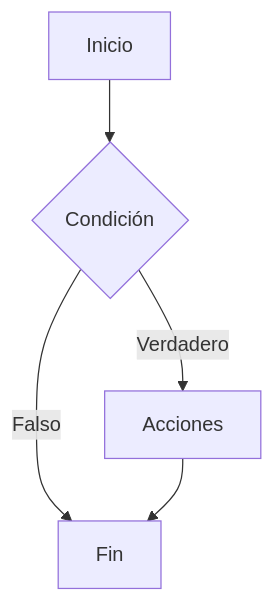
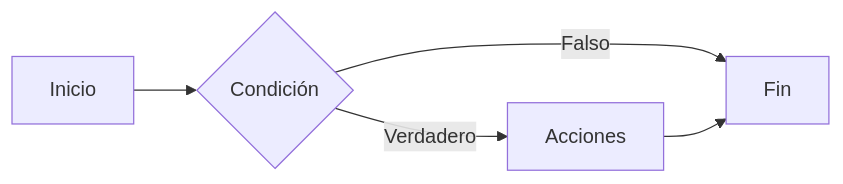
Before and after one commit to docs-class/si: the first of 3 diagrams in src/content/docs/es/ut4/ut42-scripting-if-else.md, drawn with Mermaid. The commit also changed other lines of this file and 2 other files, not shown here.

Commit message:
Refactor if-else diagrams in Spanish and Valencian to use left-to-right flow for improved clarity

````diff
--- a/src/content/docs/es/ut4/ut42-scripting-if-else.md
+++ b/src/content/docs/es/ut4/ut42-scripting-if-else.md
@@ -19,7 +19,7 @@
 ```mermaid
-graph TD;
+graph LR;
     A[Inicio] --> B{Condición};
     B -->|Verdadero| C[Acciones];
     B -->|Falso| D[Fin];
     C --> D;
 ```
````
